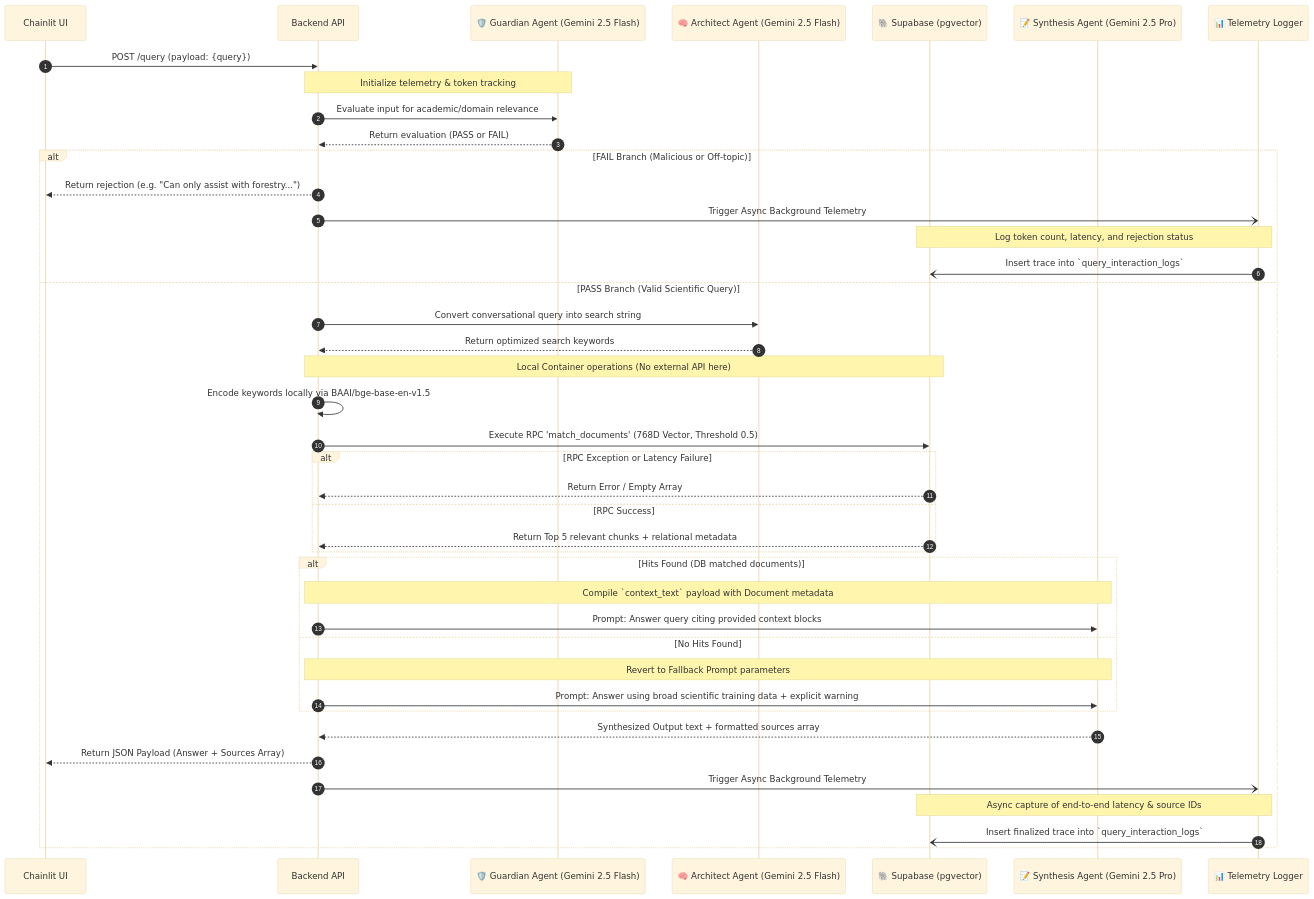
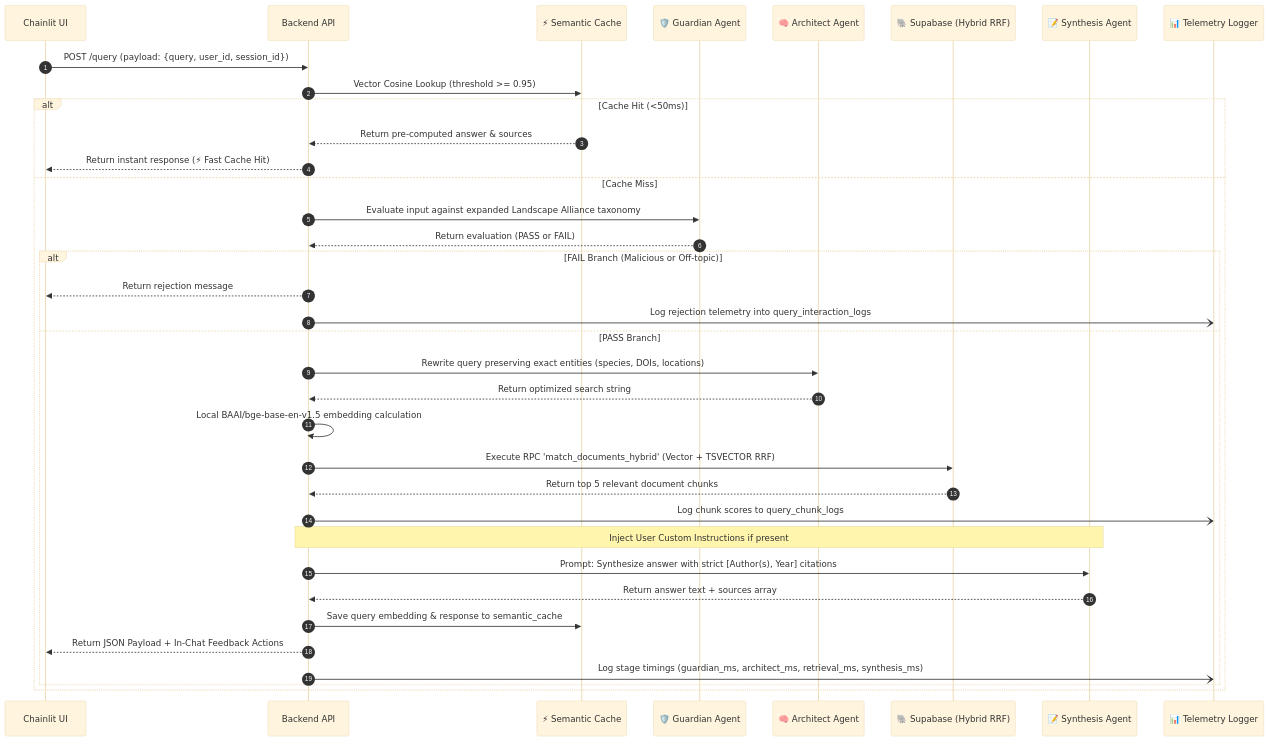
One commit to BongweKE/acAIcia changed the diagram in docs/backend_agents.md. Above: the diagram before and after it, drawn with Mermaid (base theme). The commit also changed other lines of this file and 9 other files, not shown here.

Commit message:
feat: upgrade acAIcia with user settings, in-chat feedback, semantic caching, hybrid search RRF, and RAG evals

````diff
--- a/docs/backend_agents.md
+++ b/docs/backend_agents.md
@@ -11,59 +9,51 @@
 ```mermaid
 sequenceDiagram
     autonumber
     
     participant UI as Chainlit UI
     participant BP as Backend API
-    participant GA as 🛡️ Guardian Agent (Gemini 2.5 Flash)
-    participant AA as 🧠 Architect Agent (Gemini 2.5 Flash)
-    participant DB as 🐘 Supabase (pgvector)
-    participant SA as 📝 Synthesis Agent (Gemini 2.5 Pro)
+    participant Cache as ⚡ Semantic Cache
+    participant GA as 🛡️ Guardian Agent
+    participant AA as 🧠 Architect Agent
+    participant DB as 🐘 Supabase (Hybrid RRF)
+    participant SA as 📝 Synthesis Agent
     participant Tel as 📊 Telemetry Logger
     
-    UI->>BP: POST /query (payload: {query})
+    UI->>BP: POST /query (payload: {query, user_id, session_id})
     
-    %% Step 1: The Guardian Agent Pipeline
-    Note over BP, GA: Initialize telemetry & token tracking
-    BP->>GA: Evaluate input for academic/domain relevance
-    GA-->>BP: Return evaluation (PASS or FAIL)
-    
-    alt FAIL Branch (Malicious or Off-topic)
-        BP-->>UI: Return rejection (e.g. "Can only assist with forestry...")
-        BP-)Tel: Trigger Async Background Telemetry
-        Note over Tel, DB: Log token count, latency, and rejection status
-        Tel-)DB: Insert trace into `query_interaction_logs`
-    else PASS Branch (Valid Scientific Query)
+    %% Step 0: Semantic Cache Check
+    BP->>Cache: Vector Cosine Lookup (threshold >= 0.95)
+    alt Cache Hit (<50ms)
+        Cache-->>BP: Return pre-computed answer & sources
+        BP-->>UI: Return instant response (⚡ Fast Cache Hit)
+    else Cache Miss
+        %% Step 1: Guardian Check
+        BP->>GA: Evaluate input against expanded Landscape Alliance taxonomy
+        GA-->>BP: Return evaluation (PASS or FAIL)
         
-        %% Step 2: The Architect Agent Pipeline
-        BP->>AA: Convert conversational query into search string
-        AA-->>BP: Return optimized search keywords
-        
-        %% Step 3: Local Vectorization & Retrieval
-        Note over BP, DB: Local Container operations (No external API here)
-        BP->>BP: Encode keywords locally via BAAI/bge-base-en-v1.5
-        BP->>DB: Execute RPC 'match_documents' (768D Vector, Threshold 0.5)
-        
-        alt RPC Exception or Latency Failure
-            DB-->>BP: Return Error / Empty Array
-        else RPC Success
-            DB-->>BP: Return Top 5 relevant chunks + relational metadata
+        alt FAIL Branch (Malicious or Off-topic)
+            BP-->>UI: Return rejection message
+            BP-)Tel: Log rejection telemetry into query_interaction_logs
+        else PASS Branch
+            %% Step 2: Architect Optimization
+            BP->>AA: Rewrite query preserving exact entities (species, DOIs, locations)
+            AA-->>BP: Return optimized search string
+            
+            %% Step 3: Hybrid Retrieval (Dense Vector + Full-Text RRF)
+            BP->>BP: Local BAAI/bge-base-en-v1.5 embedding calculation
+            BP->>DB: Execute RPC 'match_documents_hybrid' (Vector + TSVECTOR RRF)
+            DB-->>BP: Return top 5 relevant document chunks
+            BP-)Tel: Log chunk scores to query_chunk_logs
+            
+            %% Step 4: Synthesis Agent
+            Note over BP, SA: Inject User Custom Instructions if present
+            BP->>SA: Prompt: Synthesize answer with strict [Author(s), Year] citations
+            SA-->>BP: Return answer text + sources array
+            
+            %% Save to Cache & Telemetry
+            BP->>Cache: Save query embedding & response to semantic_cache
+            BP-->>UI: Return JSON Payload + In-Chat Feedback Actions
+            BP-)Tel: Log stage timings (guardian_ms, architect_ms, retrieval_ms, synthesis_ms)
         end
-        
-        %% Step 4: The Synthesis Node Workflow
-        alt Hits Found (DB matched documents)
-            Note over BP, SA: Compile `context_text` payload with Document metadata
-            BP->>SA: Prompt: Answer query citing provided context blocks
-        else No Hits Found
-            Note over BP, SA: Revert to Fallback Prompt parameters
-            BP->>SA: Prompt: Answer using broad scientific training data + explicit warning
-        end
-        
-        SA-->>BP: Synthesized Output text + formatted sources array
-        
-        %% Response & Telemetry Fulfillment
-        BP-->>UI: Return JSON Payload (Answer + Sources Array)
-        BP-)Tel: Trigger Async Background Telemetry
-        Note over Tel, DB: Async capture of end-to-end latency & source IDs
-        Tel-)DB: Insert finalized trace into `query_interaction_logs`
     end
 ```
````
